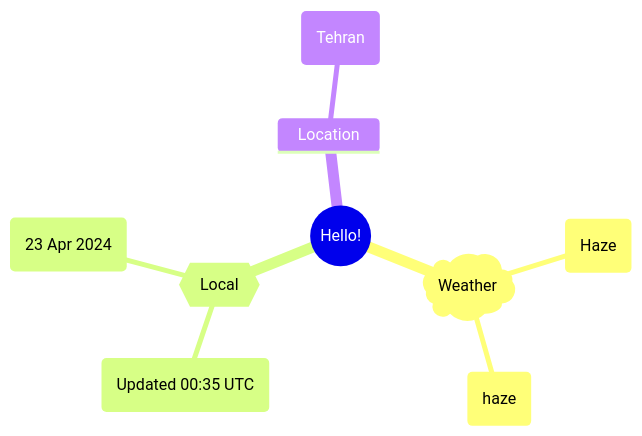
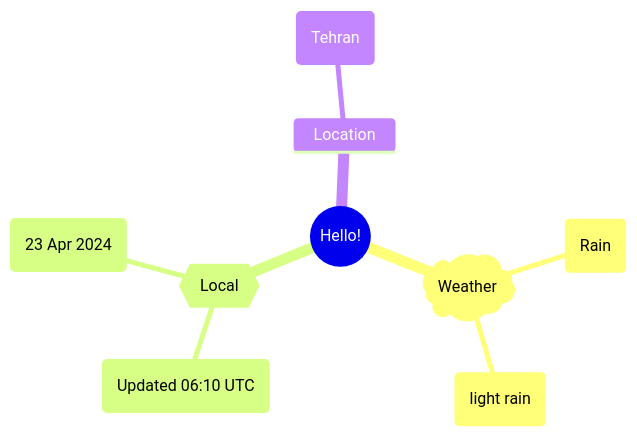
Before and after one commit to Xosrov/Xosrov: the first of 2 diagrams in README.md, drawn with Mermaid.

Commit message:
[bot] updated images

````diff
--- a/README.md
+++ b/README.md
@@ -3,12 +3,12 @@
 ```mermaid
 mindmap
   root((Hello!))
     )Weather(
-        (Haze)
-        (haze)
+        (Rain)
+        (light rain)
     {{Local}}
-        (Updated 00:35 UTC)
+        (Updated 06:10 UTC)
         (23 Apr 2024)
     Location
         (Tehran)
 ```
````
